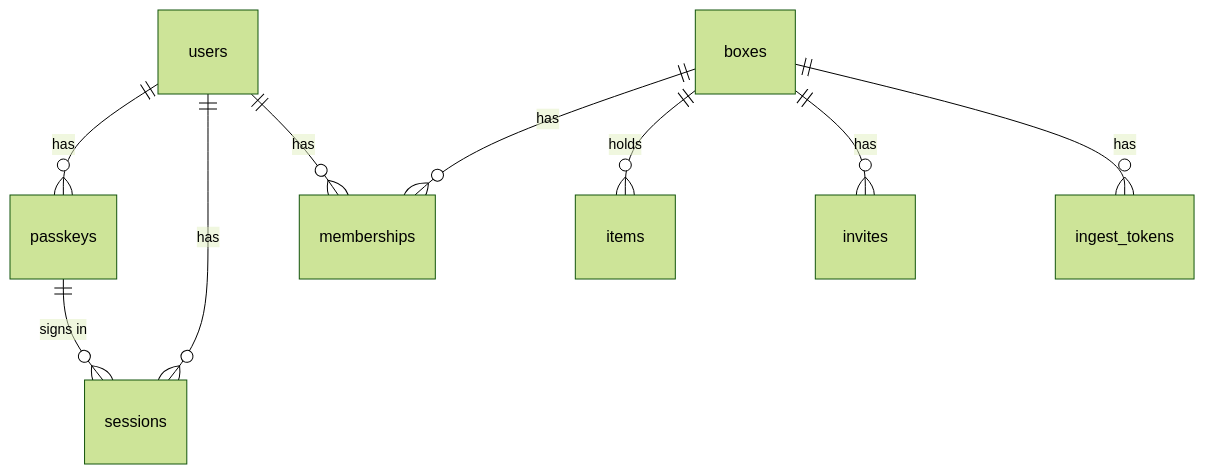
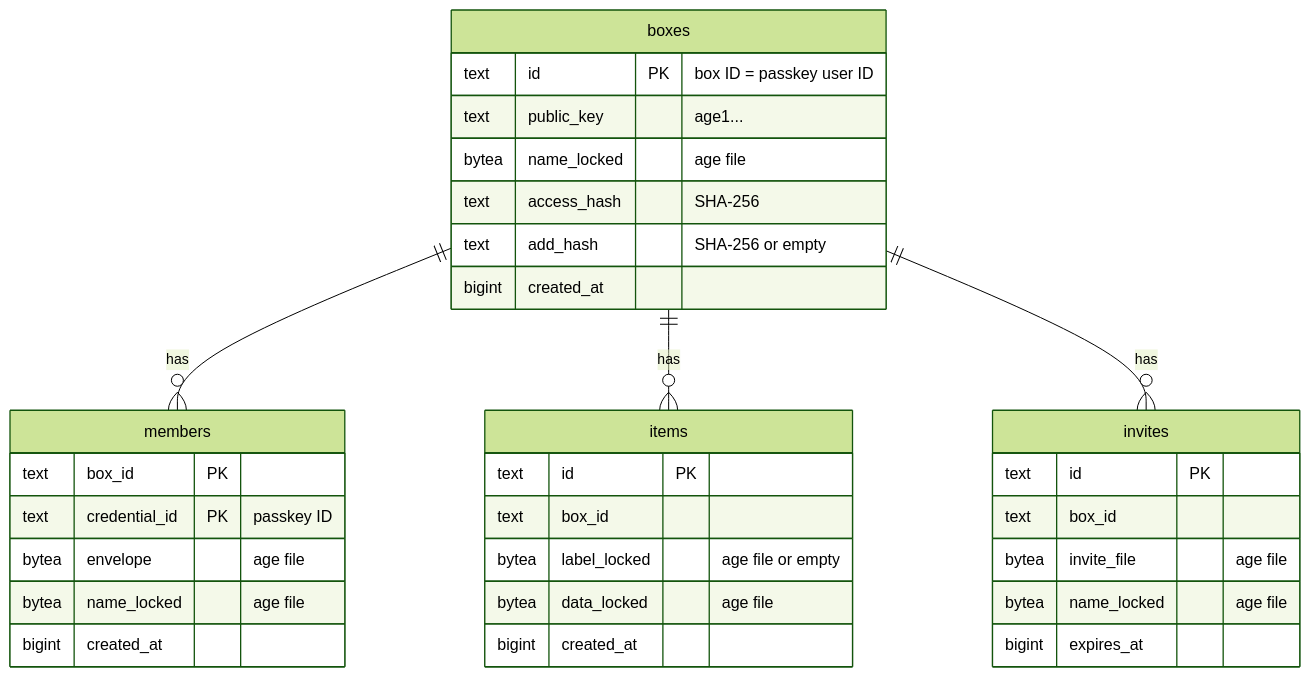
Before and after one commit to intaniger/secretbox: the diagram in docs/07-storage.md, drawn with Mermaid (forest theme). The commit also changed other lines of this file and 30 other files, not shown here.

````diff
--- a/docs/07-storage.md
+++ b/docs/07-storage.md
@@ -33,11 +13,35 @@
 ```mermaid
 erDiagram
-  users ||--o{ passkeys : "has"
-  users ||--o{ sessions : "has"
-  passkeys ||--o{ sessions : "signs in"
-  users ||--o{ memberships : "has"
-  boxes ||--o{ memberships : "has"
-  boxes ||--o{ items : "holds"
+  boxes ||--o{ members : "has"
+  boxes ||--o{ items : "has"
   boxes ||--o{ invites : "has"
-  boxes ||--o{ ingest_tokens : "has"
+  boxes {
+    text id PK "box ID = passkey user ID"
+    text public_key "age1..."
+    bytea name_locked "age file"
+    text access_hash "SHA-256"
+    text add_hash "SHA-256 or empty"
+    bigint created_at
+  }
+  members {
+    text box_id PK
+    text credential_id PK "passkey ID"
+    bytea envelope "age file"
+    bytea name_locked "age file"
+    bigint created_at
+  }
+  items {
+    text id PK
+    text box_id
+    bytea label_locked "age file or empty"
+    bytea data_locked "age file"
+    bigint created_at
+  }
+  invites {
+    text id PK
+    text box_id
+    bytea invite_file "age file"
+    bytea name_locked "age file"
+    bigint expires_at
+  }
 ```
````
